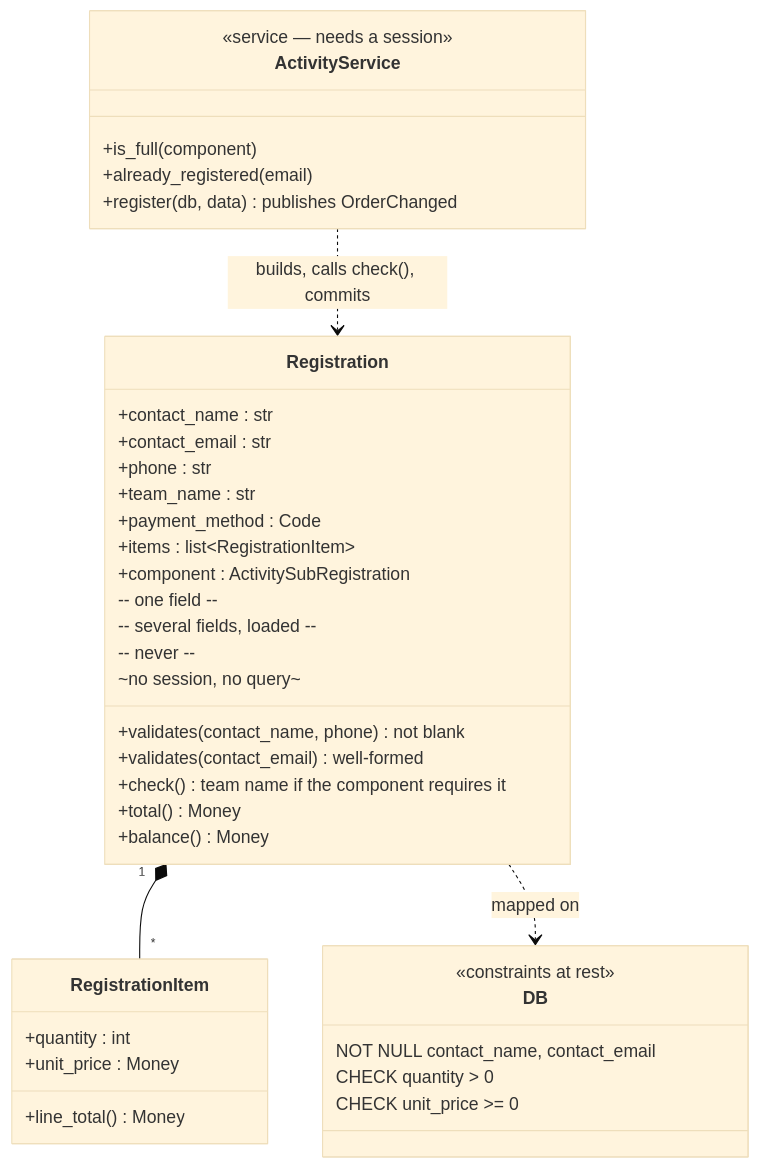
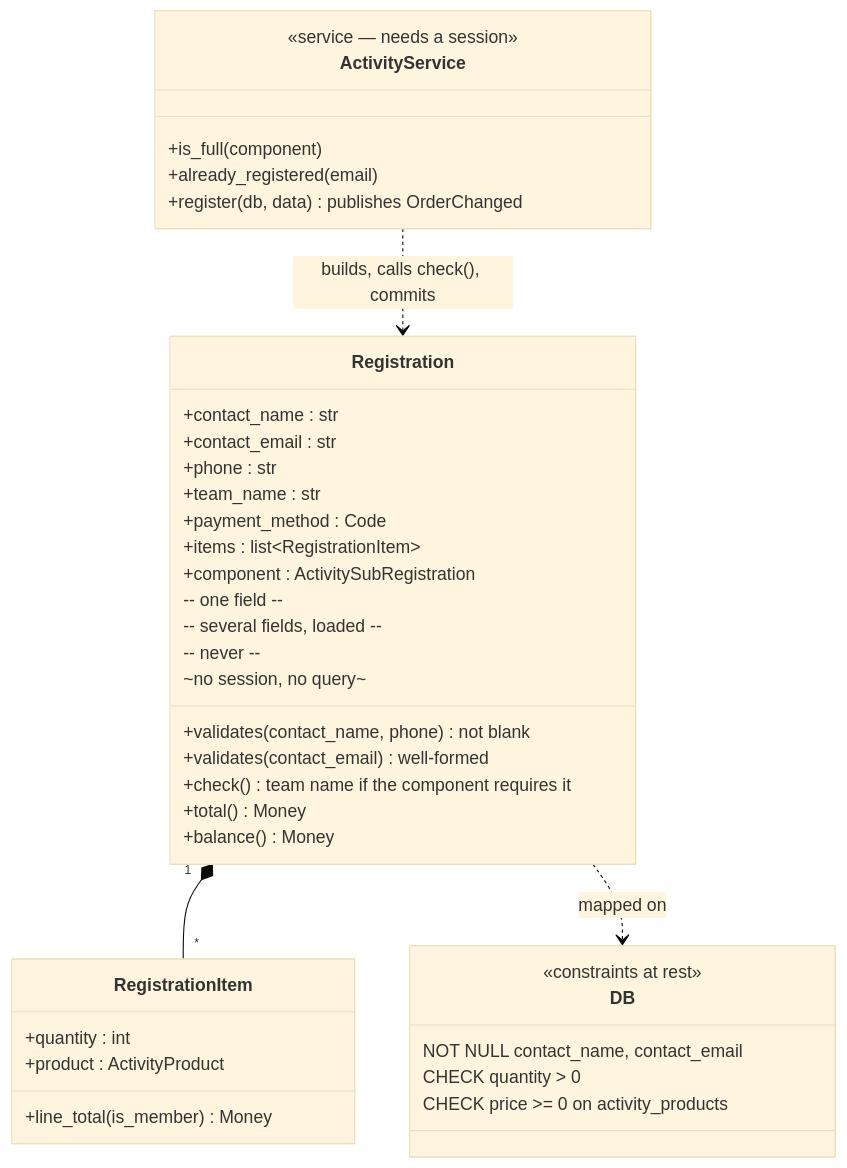
Before and after one commit to KoenRenders/KoenTest: the fifth of 6 diagrams in docs/change_request_13_oo_foundation.md, drawn with Mermaid (base theme). The commit also changed other lines of this file, not shown here.

First line of the commit message:
docs(cr-13): registration_items has no unit_price — the CHECK is dropped, the line price is derived from the product in totals.py (member price on registered_at), total() needs items, products and memberships loaded (dev2, 28 September 2026)

````diff
--- a/docs/change_request_13_oo_foundation.md
+++ b/docs/change_request_13_oo_foundation.md
@@ -509,41 +509,41 @@
 ```mermaid
 classDiagram
   class Registration {
     +contact_name : str
     +contact_email : str
     +phone : str
     +team_name : str
     +payment_method : Code
     +items : list~RegistrationItem~
     +component : ActivitySubRegistration
     -- one field --
     +validates(contact_name, phone) not blank
     +validates(contact_email) well-formed
     -- several fields, loaded --
     +check() team name if the component requires it
     +total() Money
     +balance() Money
     -- never --
     ~no session, no query~
   }
   class RegistrationItem {
     +quantity : int
-    +unit_price : Money
-    +line_total() Money
+    +product : ActivityProduct
+    +line_total(is_member) Money
   }
   class ActivityService {
     <<service — needs a session>>
     +is_full(component)
     +already_registered(email)
     +register(db, data) publishes OrderChanged
   }
   class DB {
     <<constraints at rest>>
     NOT NULL contact_name, contact_email
     CHECK quantity > 0
-    CHECK unit_price >= 0
+    CHECK price >= 0 on activity_products
   }
   Registration "1" *-- "*" RegistrationItem
   ActivityService ..> Registration : builds, calls check(), commits
   Registration ..> DB : mapped on
 ```
````
